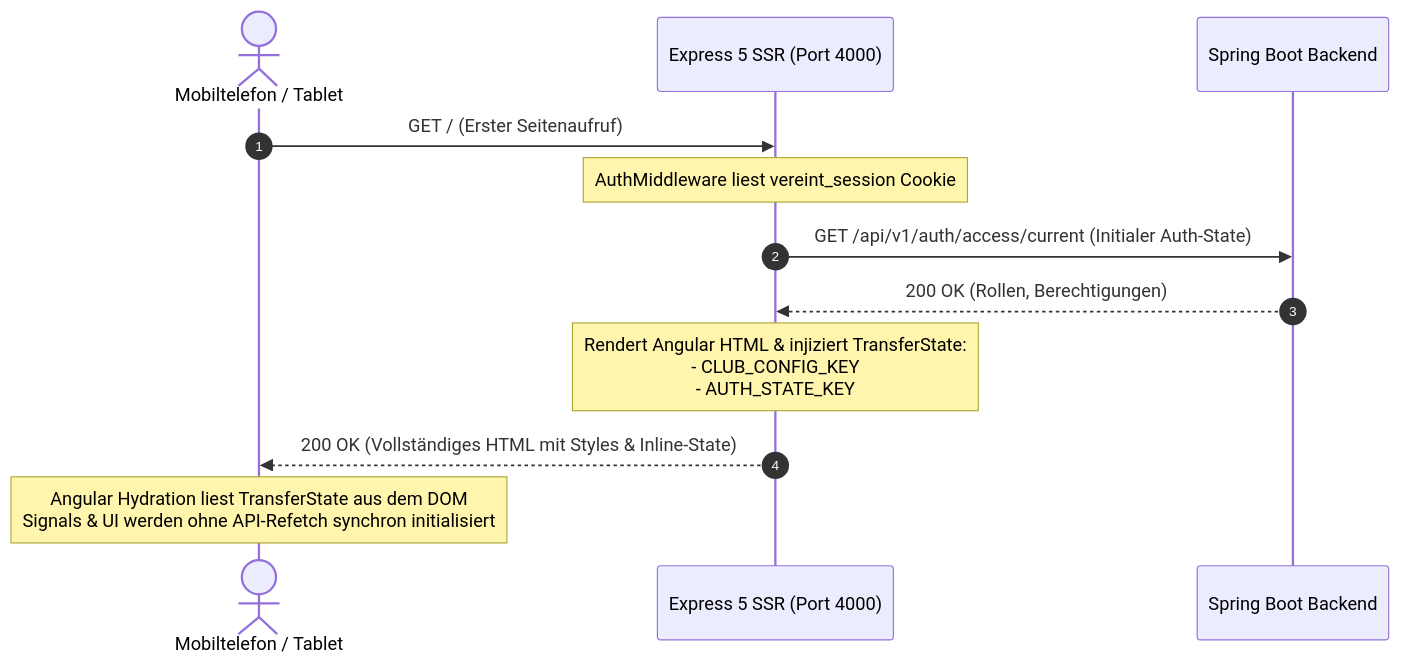
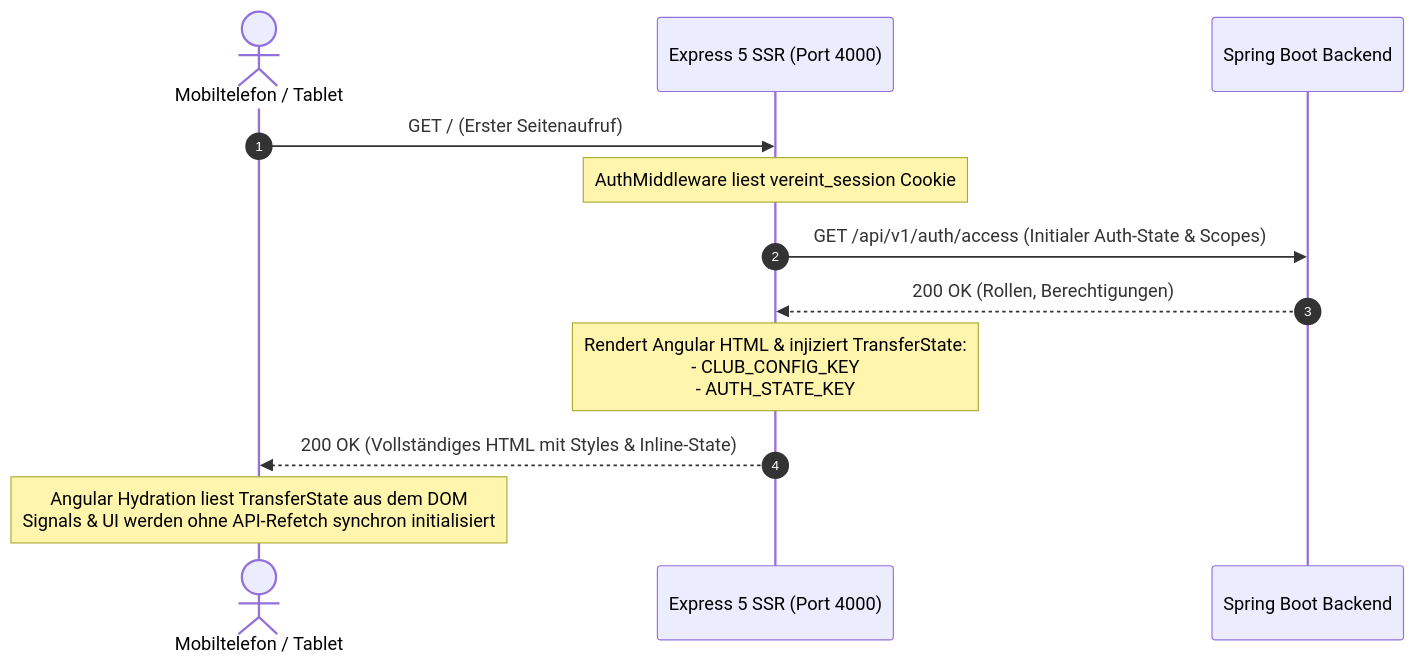
Before and after one commit to damaurer/vereint: the diagram in docs/frontend/angular-ssr-and-pwa.md, drawn with Mermaid. The commit also changed 11 other files, not shown here.

Commit message:
Update documentation for drinks, events, users, ledger, and architecture domains with enhanced data model details and API specifications

````diff
--- a/docs/frontend/angular-ssr-and-pwa.md
+++ b/docs/frontend/angular-ssr-and-pwa.md
@@ -9,15 +9,15 @@
 ```mermaid
 sequenceDiagram
     autonumber
     actor Browser as Mobiltelefon / Tablet
     participant BFF as Express 5 SSR (Port 4000)
     participant Spring as Spring Boot Backend
 
     Browser->>BFF: GET / (Erster Seitenaufruf)
     Note over BFF: AuthMiddleware liest vereint_session Cookie
-    BFF->>Spring: GET /api/v1/auth/access/current (Initialer Auth-State)
+    BFF->>Spring: GET /api/v1/auth/access (Initialer Auth-State & Scopes)
     Spring-->>BFF: 200 OK (Rollen, Berechtigungen)
     Note over BFF: Rendert Angular HTML & injiziert TransferState:<br/>- CLUB_CONFIG_KEY<br/>- AUTH_STATE_KEY
     BFF-->>Browser: 200 OK (Vollständiges HTML mit Styles & Inline-State)
     Note over Browser: Angular Hydration liest TransferState aus dem DOM<br/>Signals & UI werden ohne API-Refetch synchron initialisiert
 ```
````
